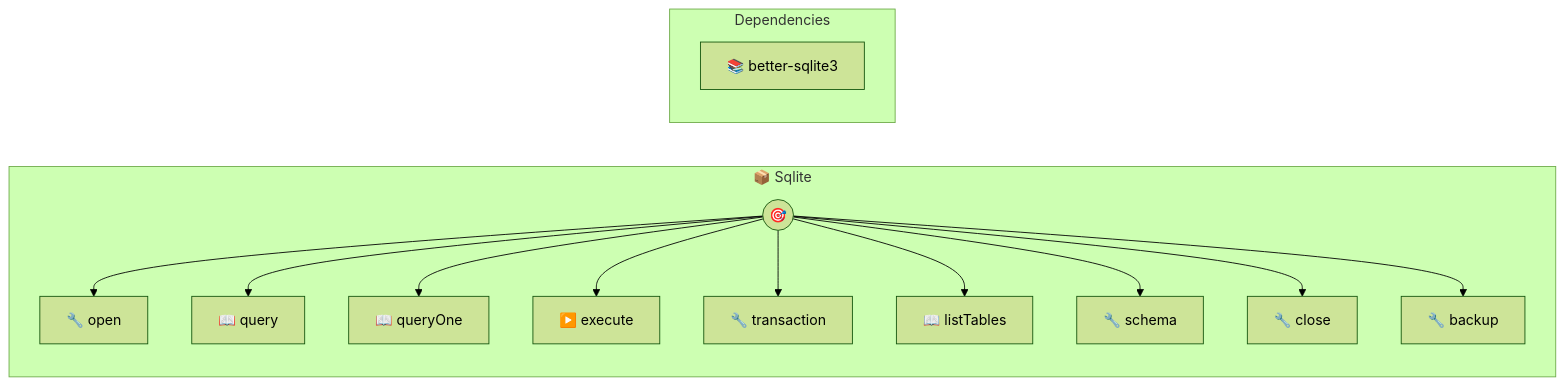
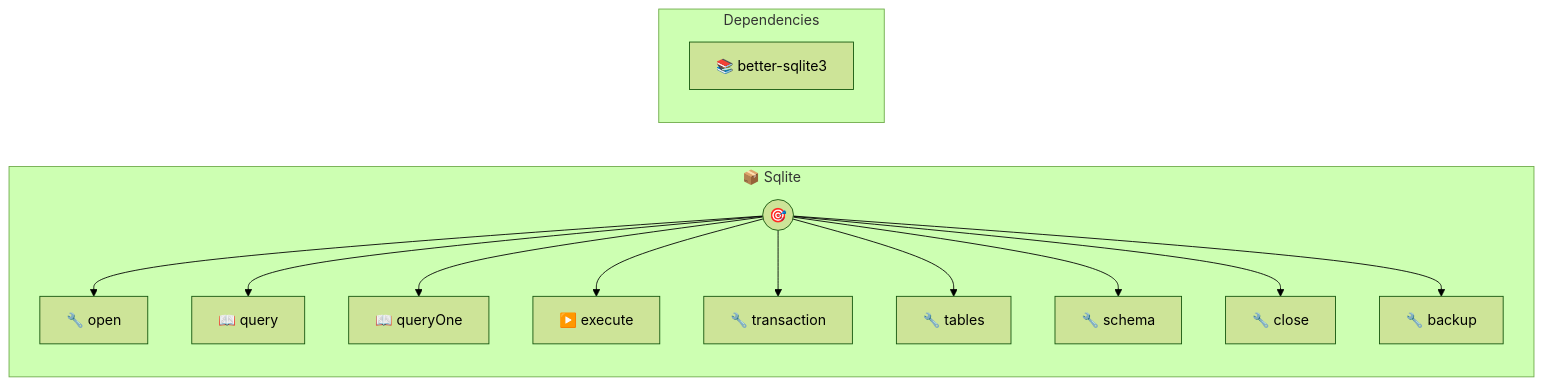
The diagram in sqlite.md (portel-dev/photons), drawn with Mermaid (forest theme) before and after one commit. The commit also changed other lines of this file and 10 other files, not shown here.

````diff
--- a/sqlite.md
+++ b/sqlite.md
@@ -164,30 +164,30 @@
 ```mermaid
 flowchart LR
     subgraph sqlite["📦 Sqlite"]
         direction TB
         PHOTON((🎯))
         T0[🔧 open]
         PHOTON --> T0
         T1[📖 query]
         PHOTON --> T1
         T2[📖 queryOne]
         PHOTON --> T2
         T3[▶️ execute]
         PHOTON --> T3
         T4[🔧 transaction]
         PHOTON --> T4
-        T5[📖 listTables]
+        T5[🔧 tables]
         PHOTON --> T5
         T6[🔧 schema]
         PHOTON --> T6
         T7[🔧 close]
         PHOTON --> T7
         T8[🔧 backup]
         PHOTON --> T8
     end
 
     subgraph deps["Dependencies"]
         direction TB
         NPM0[📚 better-sqlite3]
     end
 ```
````
